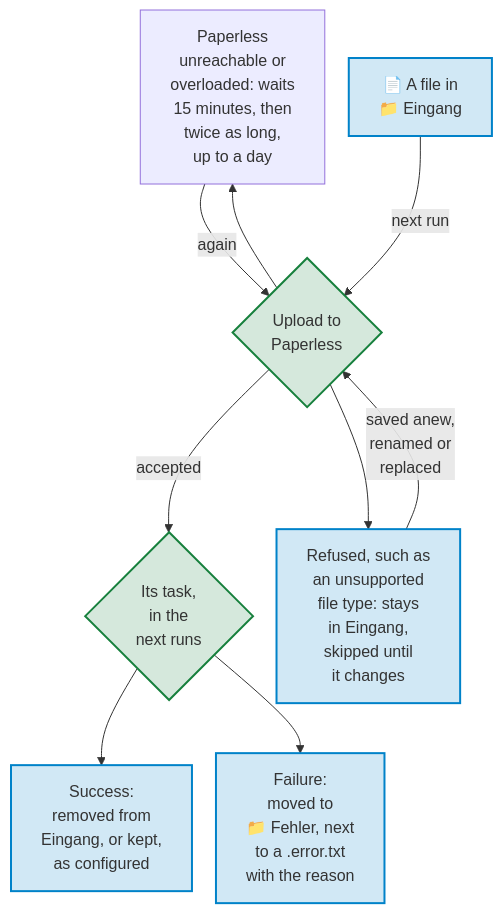
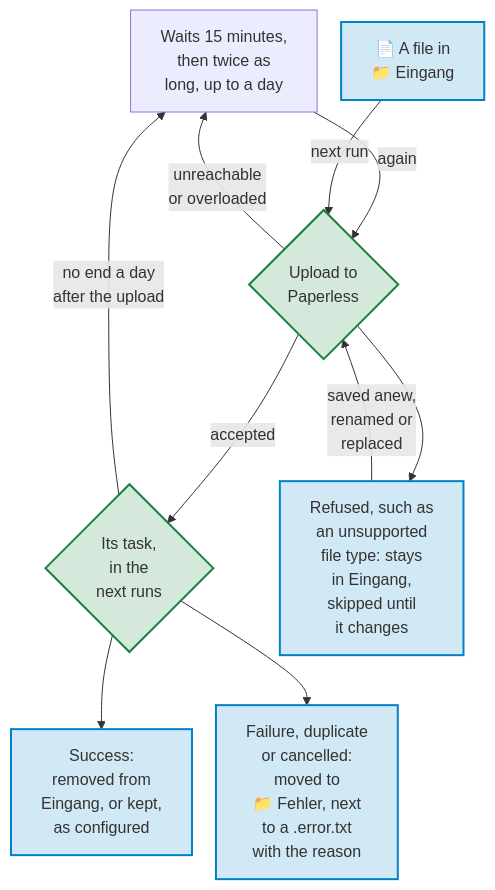
One commit to Dennis-Otto/paperless-sync changed the diagram in docs/diagrams/the-way-of-a-file-from-the-inbox-to-paperless.mmd. Above: the diagram before and after it, drawn with Mermaid. The commit also changed 53 other files, not shown here.

```diff
--- a/docs/diagrams/the-way-of-a-file-from-the-inbox-to-paperless.mmd
+++ b/docs/diagrams/the-way-of-a-file-from-the-inbox-to-paperless.mmd
@@ -1,31 +1,32 @@
 ---
 config:
   flowchart:
     nodeSpacing: 24
 ---
 flowchart TB
     accTitle: The way of a file from the inbox to Paperless
-    accDescr: In the next run, a file in the folder Eingang is uploaded to Paperless. When Paperless is unreachable or overloaded, the file waits 15 minutes, then twice as long each time, up to a day, and is uploaded again. When Paperless refuses it, such as a file of an unsupported type, it stays in Eingang and is skipped until it is saved anew, renamed or replaced. When Paperless accepts it, the next runs follow its Paperless task while it is running: after success, the file is removed from Eingang or kept, as configured; after a failure, it moves to the folder Fehler, next to a .error.txt with the reason.
+    accDescr: In the next run, a file in the folder Eingang is uploaded to Paperless. When Paperless is unreachable or overloaded, the file waits 15 minutes, then twice as long each time, up to a day, and is uploaded again. When Paperless refuses it, such as a file of an unsupported type, it stays in Eingang and is skipped until it is saved anew, renamed or replaced. When Paperless accepts it, the next runs follow its Paperless task while it is running: after success, the file is removed from Eingang or kept, as configured; after a failure, a duplicate or a cancelled task, it moves to the folder Fehler, next to a .error.txt with the reason. A task that Paperless has not finished a day after the upload, or doesn't list, sends the file to the wait as well, and it is uploaded again.
 
-    %% The wait comes first, so that it is drawn above the upload and the diagram stays narrow.
-    retry["Paperless<br>unreachable or<br>overloaded: waits<br>15 minutes, then<br>twice as long,<br>up to a day"]
+    %% The wait takes the uploads that failed for a time and the tasks without an end back to the upload.
+    retry["Waits 15 minutes,<br>then twice as<br>long, up to a day"]
     file["📄 A file in<br>📁 Eingang"]
     upload{"Upload to<br>Paperless"}
     task{"Its task,<br>in the<br>next runs"}
     refused["Refused, such as<br>an unsupported<br>file type: stays<br>in Eingang,<br>skipped until<br>it changes"]
     done["Success:<br>removed from<br>Eingang, or kept,<br>as configured"]
-    failed["Failure:<br>moved to<br>📁 Fehler, next<br>to a .error.txt<br>with the reason"]
+    failed["Failure, duplicate<br>or cancelled:<br>moved to<br>📁 Fehler, next<br>to a .error.txt<br>with the reason"]
 
     retry -- "again" --> upload
     file -- "next run" --> upload
-    upload --> retry
+    upload -- "unreachable<br>or overloaded" --> retry
     upload -- "accepted" --> task
     upload --> refused
     refused -- "saved anew,<br>renamed or<br>replaced" --> upload
     task --> done
     task --> failed
+    task -- "no end a day<br>after the upload" --> retry
 
     classDef nextcloud fill:#0082c92e,stroke:#0082c9,stroke-width:2px
     classDef paperless fill:#17803d2e,stroke:#17803d,stroke-width:2px
     class file,refused,done,failed nextcloud
     class upload,task paperless
```
